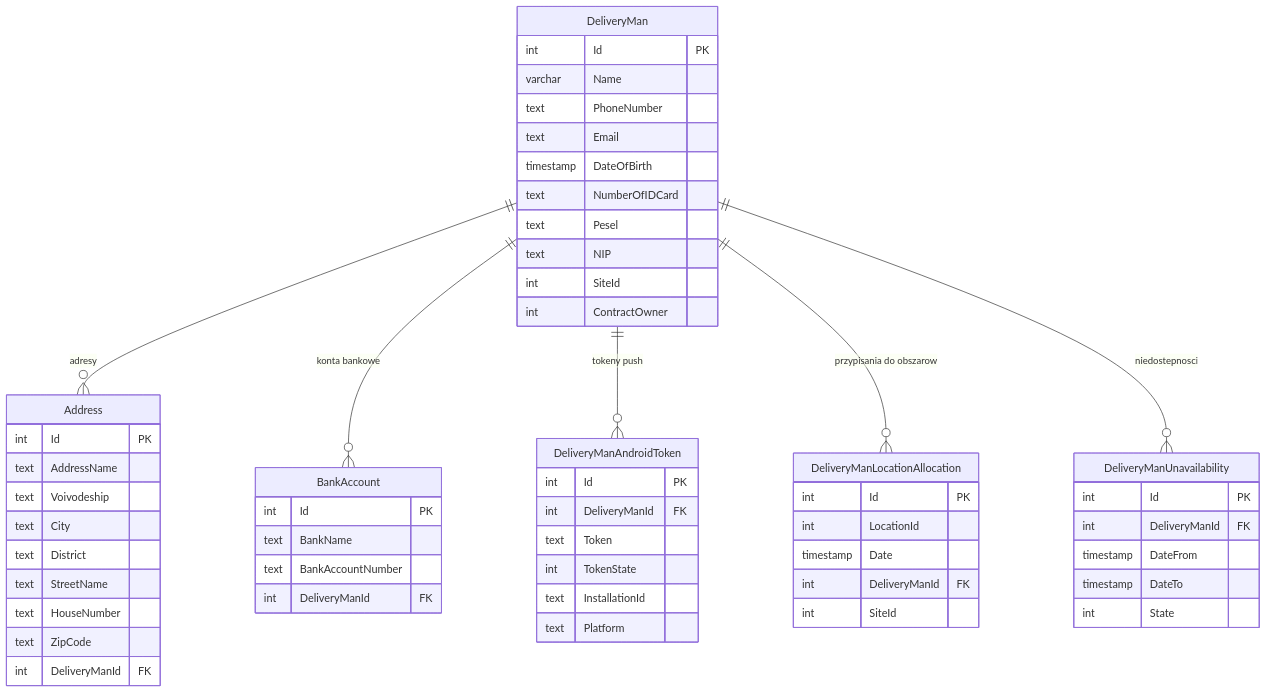
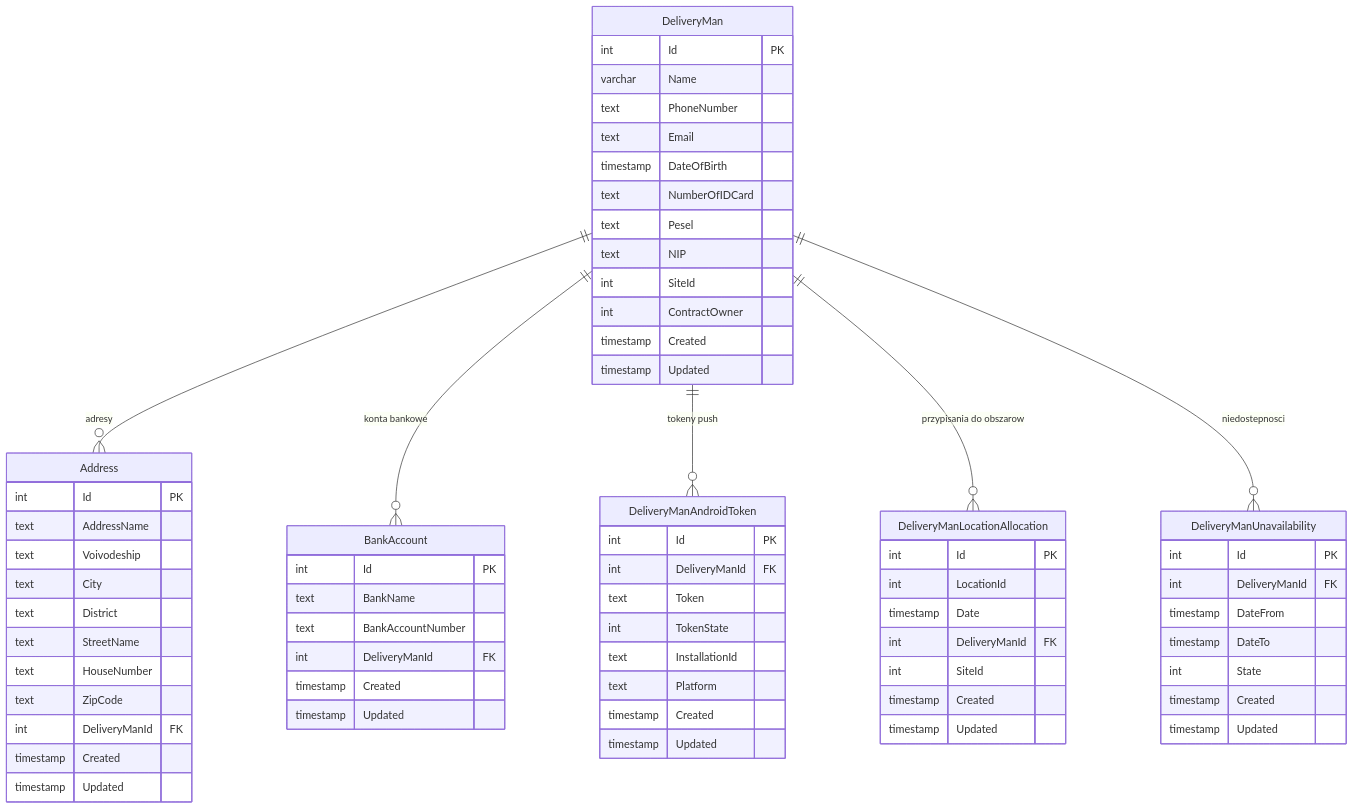
One commit to JakubRybak/Data_Warehouse_Bake2Home changed the sixth of 8 diagrams in docs/source_db_diagrams.md. Above: the diagram before and after it, drawn with Mermaid. The commit also changed other lines of this file and 10 other files, not shown here.

````diff
--- a/docs/source_db_diagrams.md
+++ b/docs/source_db_diagrams.md
@@ -467,65 +543,77 @@
 ```mermaid
 erDiagram
     DeliveryMan {
         int Id PK
         varchar Name
         text PhoneNumber
         text Email
         timestamp DateOfBirth
         text NumberOfIDCard
         text Pesel
         text NIP
         int SiteId
         int ContractOwner
+        timestamp Created
+        timestamp Updated
     }
 
     Address {
         int Id PK
         text AddressName
         text Voivodeship
         text City
         text District
         text StreetName
         text HouseNumber
         text ZipCode
         int DeliveryManId FK
+        timestamp Created
+        timestamp Updated
     }
 
     BankAccount {
         int Id PK
         text BankName
         text BankAccountNumber
         int DeliveryManId FK
+        timestamp Created
+        timestamp Updated
     }
 
     DeliveryManAndroidToken {
         int Id PK
         int DeliveryManId FK
         text Token
         int TokenState
         text InstallationId
         text Platform
+        timestamp Created
+        timestamp Updated
     }
 
     DeliveryManLocationAllocation {
         int Id PK
         int LocationId
         timestamp Date
         int DeliveryManId FK
         int SiteId
+        timestamp Created
+        timestamp Updated
     }
 
     DeliveryManUnavailability {
         int Id PK
         int DeliveryManId FK
         timestamp DateFrom
         timestamp DateTo
         int State
+        timestamp Created
+        timestamp Updated
     }
 
     DeliveryMan ||--o{ Address : "adresy"
     DeliveryMan ||--o{ BankAccount : "konta bankowe"
     DeliveryMan ||--o{ DeliveryManAndroidToken : "tokeny push"
     DeliveryMan ||--o{ DeliveryManLocationAllocation : "przypisania do obszarow"
     DeliveryMan ||--o{ DeliveryManUnavailability : "niedostepnosci"
 ```
````
